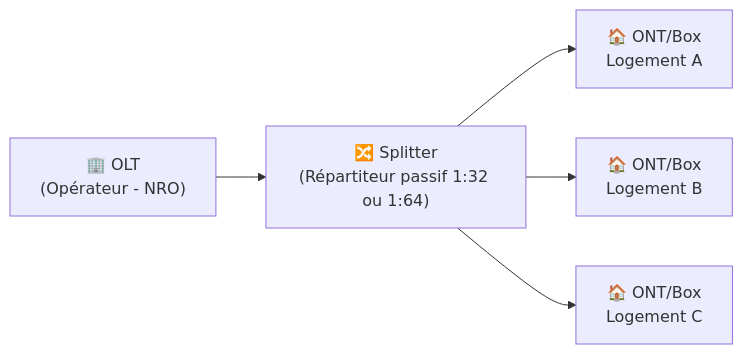
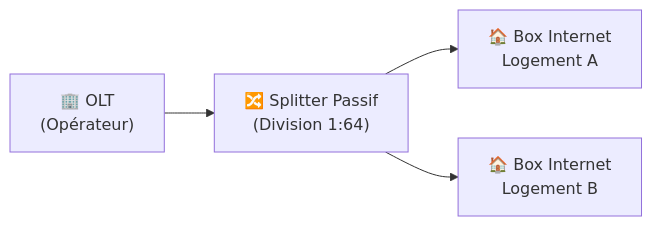
One commit to MontSekai/Documentations changed the diagram in docs/Reseau/Physique_Transport/cablage.md. Above: the diagram before and after it, drawn with Mermaid. The commit also changed other lines of this file and 50 other files, not shown here.

````diff
--- a/docs/Reseau/Physique_Transport/cablage.md
+++ b/docs/Reseau/Physique_Transport/cablage.md
@@ -108,7 +42,6 @@
 ```mermaid
 graph LR
-    OLT["🏢 OLT\n(Opérateur - NRO)"] --> Splitter["🔀 Splitter\n(Répartiteur passif 1:32 ou 1:64)"]
-    Splitter --> ONT1["🏠 ONT/Box\nLogement A"]
-    Splitter --> ONT2["🏠 ONT/Box\nLogement B"]
-    Splitter --> ONT3["🏠 ONT/Box\nLogement C"]
+    OLT["🏢 OLT\n(Opérateur)"] --> Splitter["🔀 Splitter Passif\n(Division 1:64)"]
+    Splitter --> ONT1["🏠 Box Internet\nLogement A"]
+    Splitter --> ONT2["🏠 Box Internet\nLogement B"]
 ```
````
